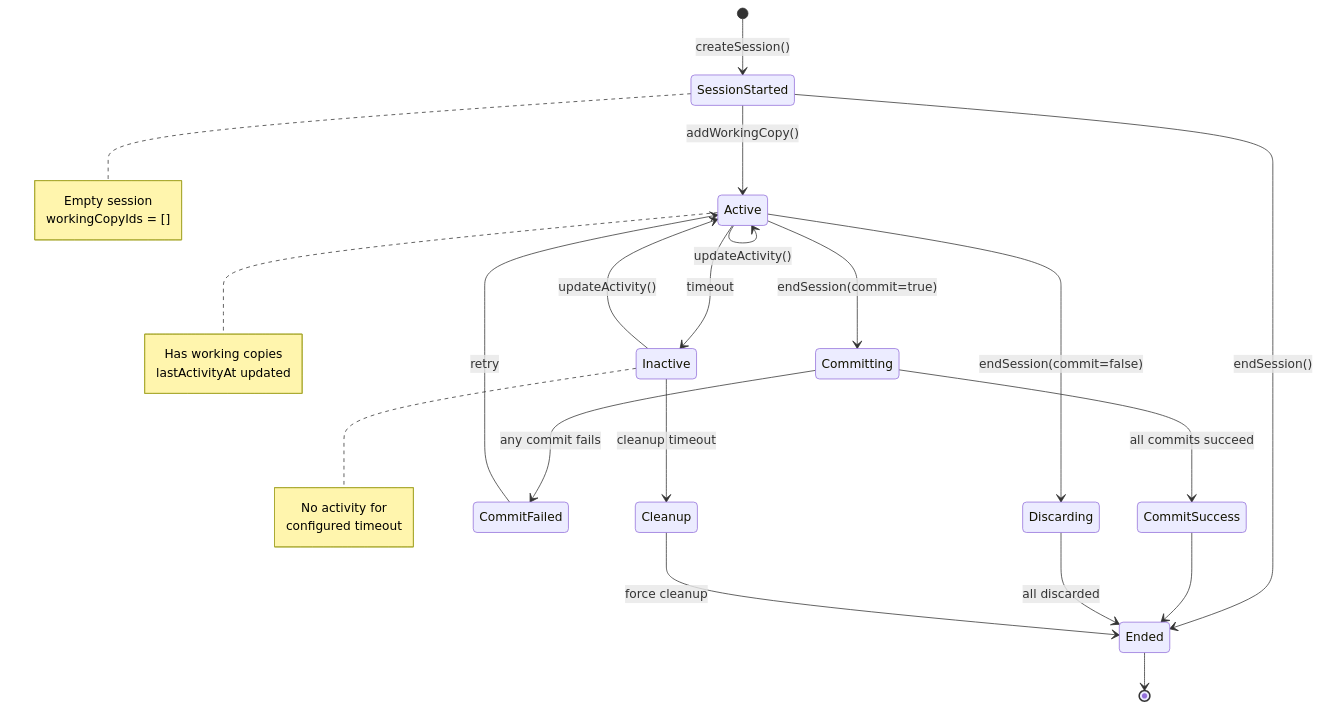
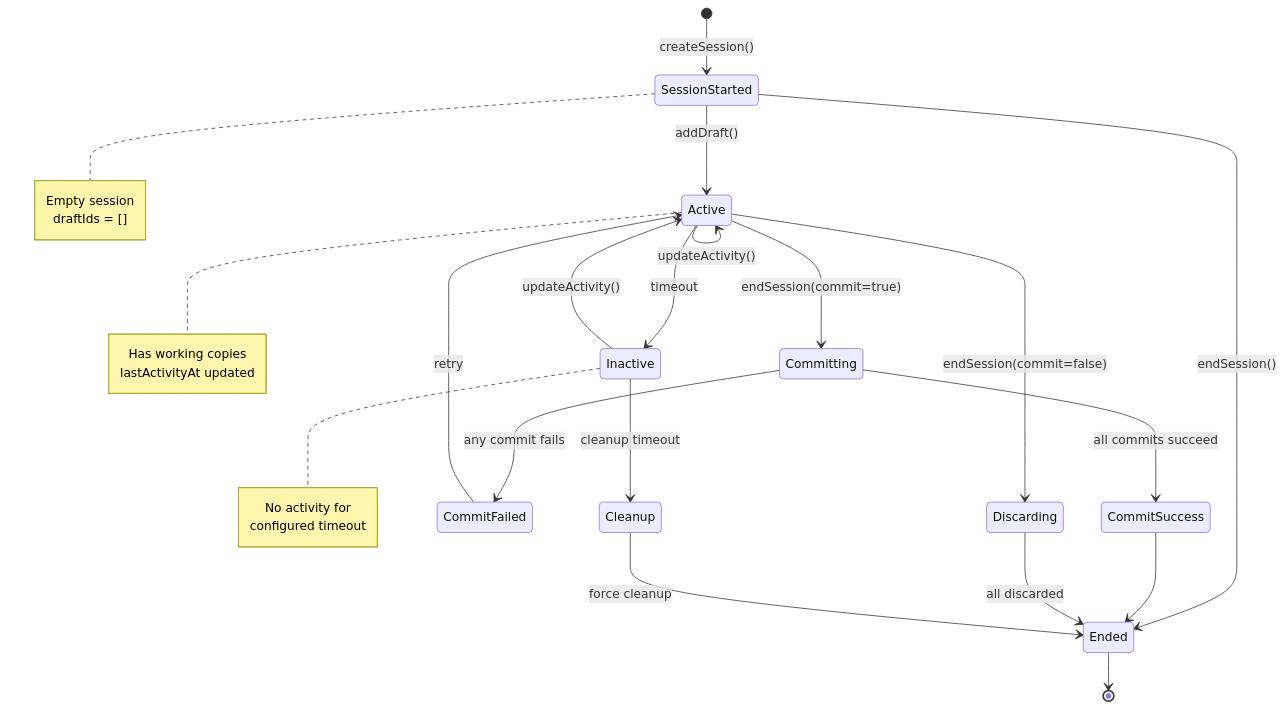
Before and after one commit to kubohiroya/hierarchidb: diagram 12 of 18 in docs/deprecated/REPORT/technical-architecture-specification.md, drawn with Mermaid. The commit also changed other lines of this file and 796 other files, not shown here.

````diff
--- a/docs/deprecated/REPORT/technical-architecture-specification.md
+++ b/docs/deprecated/REPORT/technical-architecture-specification.md
@@ -627,42 +627,42 @@
 ```mermaid
 stateDiagram-v2
     [*] --> SessionStarted : createSession()
     
-    SessionStarted --> Active : addWorkingCopy()
+    SessionStarted --> Active : addDraft()
     SessionStarted --> Ended : endSession()
     
-    Active --> Active : addWorkingCopy()
+    Active --> Active : addDraft()
     Active --> Active : updateActivity()
     Active --> Inactive : timeout
     Active --> Committing : endSession(commit=true)
     Active --> Discarding : endSession(commit=false)
     
     Inactive --> Active : updateActivity()
     Inactive --> Cleanup : cleanup timeout
     
     Committing --> CommitSuccess : all commits succeed
     Committing --> CommitFailed : any commit fails
     
     CommitSuccess --> Ended
     CommitFailed --> Active : retry
     
     Discarding --> Ended : all discarded
     
     Cleanup --> Ended : force cleanup
     Ended --> [*]
     
     note right of SessionStarted
         Empty session
-        workingCopyIds = []
+        draftIds = []
     end note
     
     note right of Active
         Has working copies
         lastActivityAt updated
     end note
     
     note right of Inactive
         No activity for
         configured timeout
     end note
 ```
````
